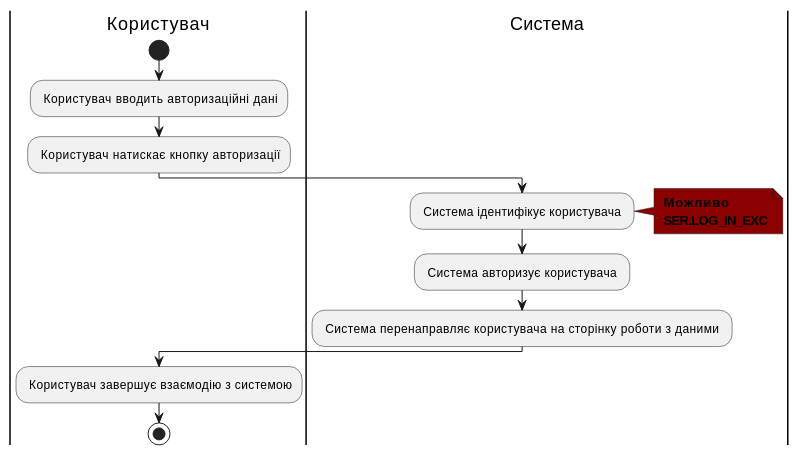
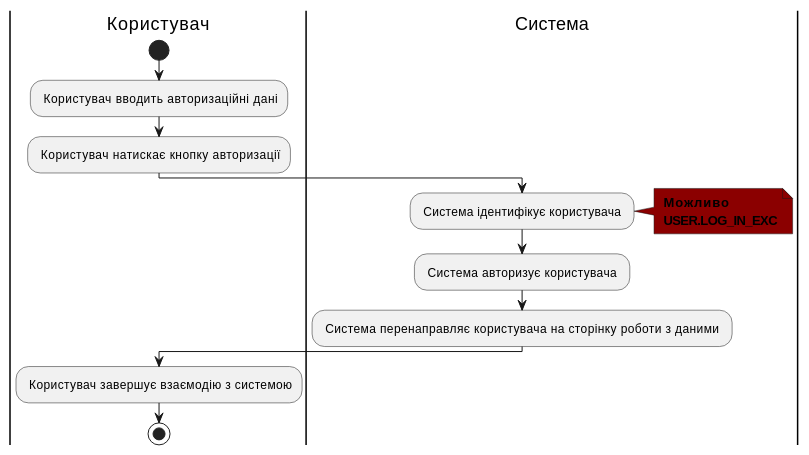
The second of 5 diagrams in docs/use cases/README.md (Stik27/content_analysis_project), drawn with PlantUML before and after one commit. The commit also changed other lines of this file, not shown here.

```diff
--- a/docs/use cases/README.md
+++ b/docs/use cases/README.md
@@ -55,19 +57,19 @@
 @startuml
 
     |Користувач|
         start
         : Користувач вводить авторизаційні дані;
         : Користувач натискає кнопку авторизації;
     |Система|
         : Система ідентифікує користувача ;
         note right #8B0000
         <b> Можливо
-        <b> SER.LOG_IN_EXC
+        <b> USER.LOG_IN_EXC
         end note
         : Система авторизує користувача ;
         : Система перенаправляє користувача на сторінку роботи з даними ;
     |Користувач|
         : Користувач завершує взаємодію з системою;
         stop;
 
 @enduml
```
